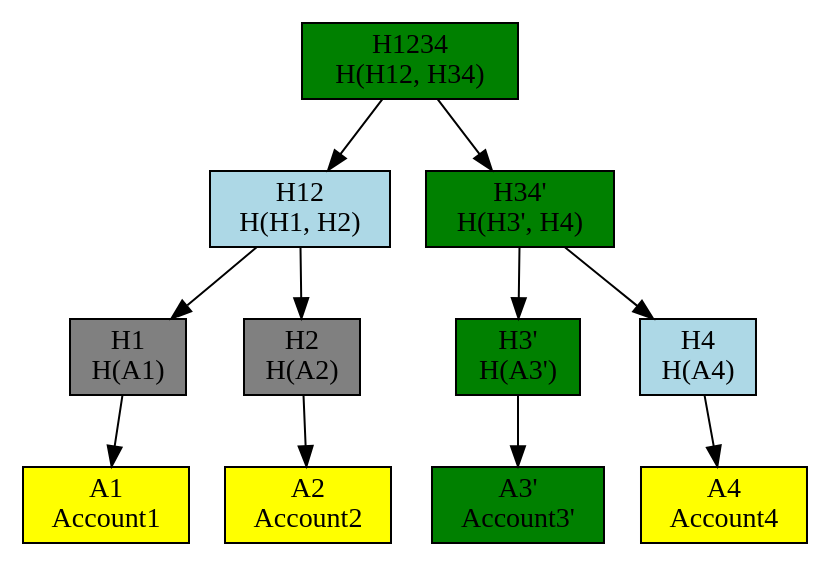
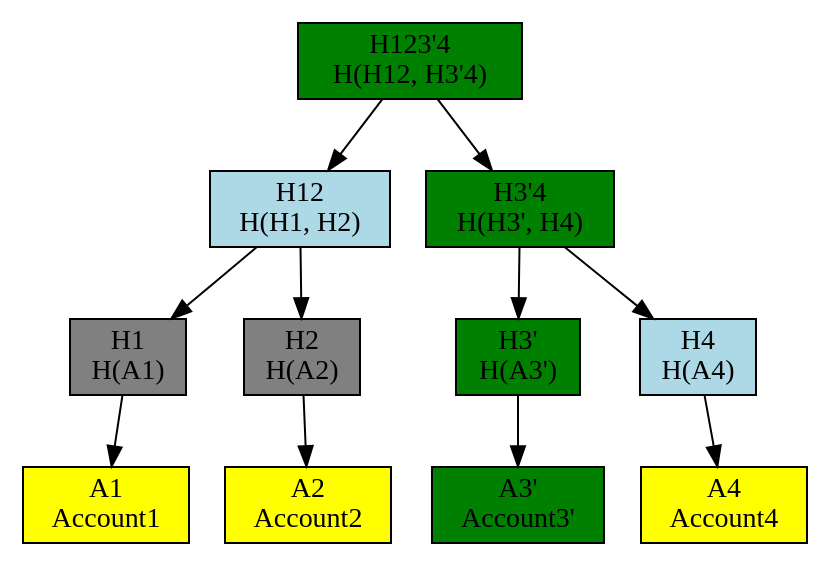
One commit to wu-s-john/Type-Safe-Persistent-Merkle-Trees changed the diagram in my-presentation/spectacle/assets/merkle_tree_update_root.dot. Above: the diagram before and after it, drawn with Graphviz. The commit also changed 4 other files, not shown here.

```diff
--- a/my-presentation/spectacle/assets/merkle_tree_update_root.dot
+++ b/my-presentation/spectacle/assets/merkle_tree_update_root.dot
@@ -1,32 +1,32 @@
 digraph {
     h21 -> a1;
     h22 -> a2;
     h23 -> a3;
     h24 -> a4;
 
     h11 -> h21;
     h11 -> h22;
     h12 -> h23;
     h12 -> h24;
 
     root -> h11;
     root -> h12;
     
     splines=line;
     
     a1[ style=filled fillcolor=yellow shape=rectangle label="A1\nAccount1" ];
     a2[ style=filled fillcolor=yellow shape=rectangle label="A2\nAccount2" ];
     a3[ style=filled fillcolor=green shape=rectangle label="A3'\nAccount3'"];
     a4[ style=filled fillcolor=yellow shape=rectangle label="A4\nAccount4"];
 
     h21 [style=filled fillcolor=grey shape=rectangle label="H1\nH(A1)"];
     h22 [style=filled fillcolor=grey shape=rectangle label="H2\nH(A2)"];
     h23 [style=filled fillcolor=green shape=rectangle label="H3'\nH(A3')"];
     h24 [style=filled fillcolor=lightblue shape=rectangle label="H4\nH(A4)"];
 
     h11 [ style=filled fillcolor=lightblue shape=rectangle label="H12\nH(H1, H2)"];
-    h12 [ style=filled fillcolor=green shape=rectangle label="H34'\nH(H3', H4)"];
-    root [ style=filled fillcolor=green shape=rectangle label="H1234\nH(H12, H34)"];
+    h12 [ style=filled fillcolor=green shape=rectangle label="H3'4\nH(H3', H4)"];
+    root [ style=filled fillcolor=green shape=rectangle label="H123'4\nH(H12, H3'4)"];
     
     node [shape=rectangle];
 }
```
